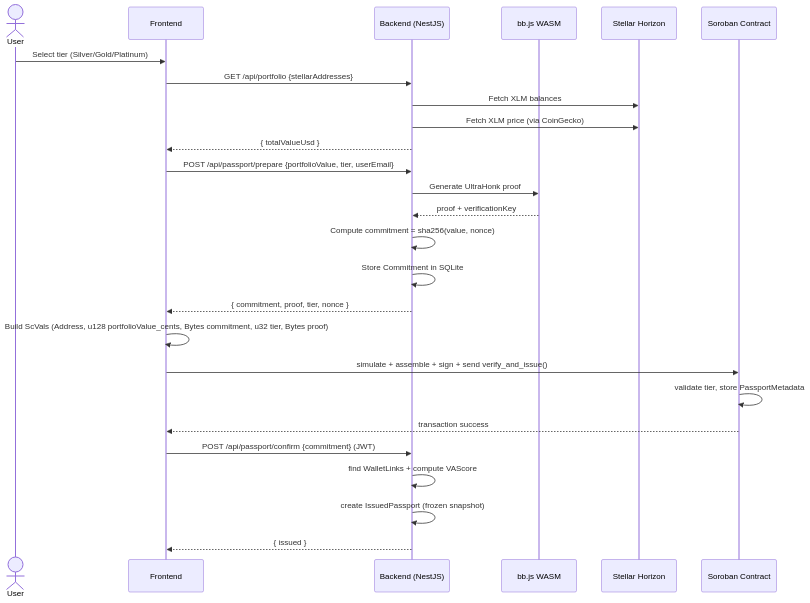
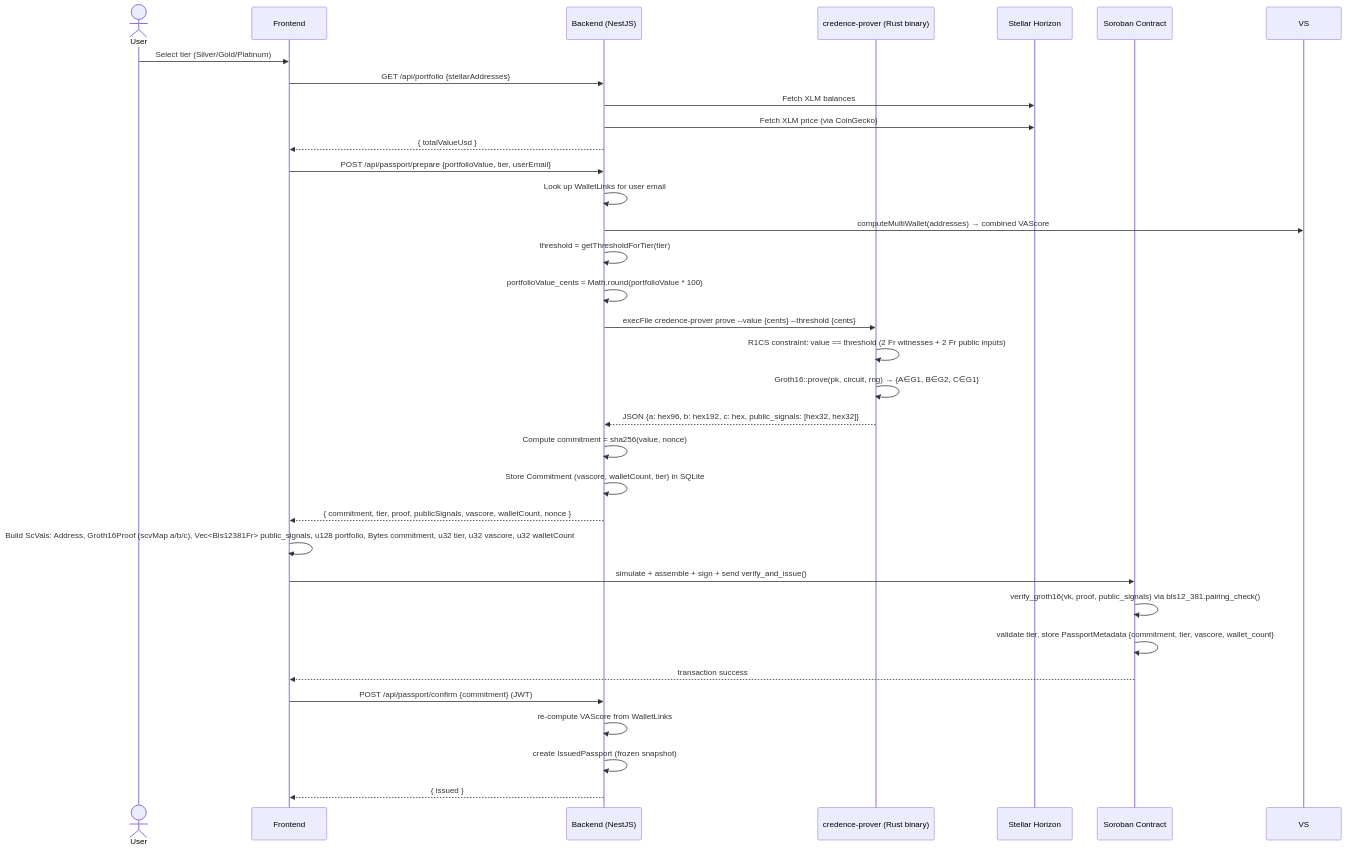
Before and after one commit to calebomondi/Credence: the second of 5 diagrams in README.md, drawn with Mermaid. The commit also changed other lines of this file, not shown here.

First line of the commit message:
Enhance Credit Passport contract with debugging events and Groth16 proof verification

````diff
--- a/README.md
+++ b/README.md
@@ -67,29 +76,36 @@
 ```mermaid
 sequenceDiagram
   actor U as User
   participant F as Frontend
   participant B as Backend (NestJS)
-  participant BB as bb.js WASM
+  participant P as credence-prover (Rust binary)
   participant H as Stellar Horizon
   participant S as Soroban Contract
 
   U->>F: Select tier (Silver/Gold/Platinum)
   F->>B: GET /api/portfolio {stellarAddresses}
   B->>H: Fetch XLM balances
   B->>H: Fetch XLM price (via CoinGecko)
   B-->>F: { totalValueUsd }
   F->>B: POST /api/passport/prepare {portfolioValue, tier, userEmail}
-  B->>BB: Generate UltraHonk proof
-  BB-->>B: proof + verificationKey
+  B->>B: Look up WalletLinks for user email
+  B->>VS: computeMultiWallet(addresses) → combined VAScore
+  B->>B: threshold = getThresholdForTier(tier)
+  B->>B: portfolioValue_cents = Math.round(portfolioValue * 100)
+  B->>P: execFile credence-prover prove --value {cents} --threshold {cents}
+  P->>P: R1CS constraint: value == threshold (2 Fr witnesses + 2 Fr public inputs)
+  P->>P: Groth16::prove(pk, circuit, rng) → {A∈G1, B∈G2, C∈G1}
+  P-->>B: JSON {a: hex96, b: hex192, c: hex, public_signals: [hex32, hex32]}
   B->>B: Compute commitment = sha256(value, nonce)
-  B->>B: Store Commitment in SQLite
-  B-->>F: { commitment, proof, tier, nonce }
-  F->>F: Build ScVals (Address, u128 portfolioValue_cents, Bytes commitment, u32 tier, Bytes proof)
+  B->>B: Store Commitment (vascore, walletCount, tier) in SQLite
+  B-->>F: { commitment, tier, proof, publicSignals, vascore, walletCount, nonce }
+  F->>F: Build ScVals: Address, Groth16Proof (scvMap a/b/c), Vec<Bls12381Fr> public_signals, u128 portfolio, Bytes commitment, u32 tier, u32 vascore, u32 walletCount
   F->>S: simulate + assemble + sign + send verify_and_issue()
-  S->>S: validate tier, store PassportMetadata
+  S->>S: verify_groth16(vk, proof, public_signals) via bls12_381.pairing_check()
+  S->>S: validate tier, store PassportMetadata {commitment, tier, vascore, wallet_count}
   S-->>F: transaction success
   F->>B: POST /api/passport/confirm {commitment} (JWT)
-  B->>B: find WalletLinks + compute VAScore
+  B->>B: re-compute VAScore from WalletLinks
   B->>B: create IssuedPassport (frozen snapshot)
   B-->>F: { issued }
 ```
````
